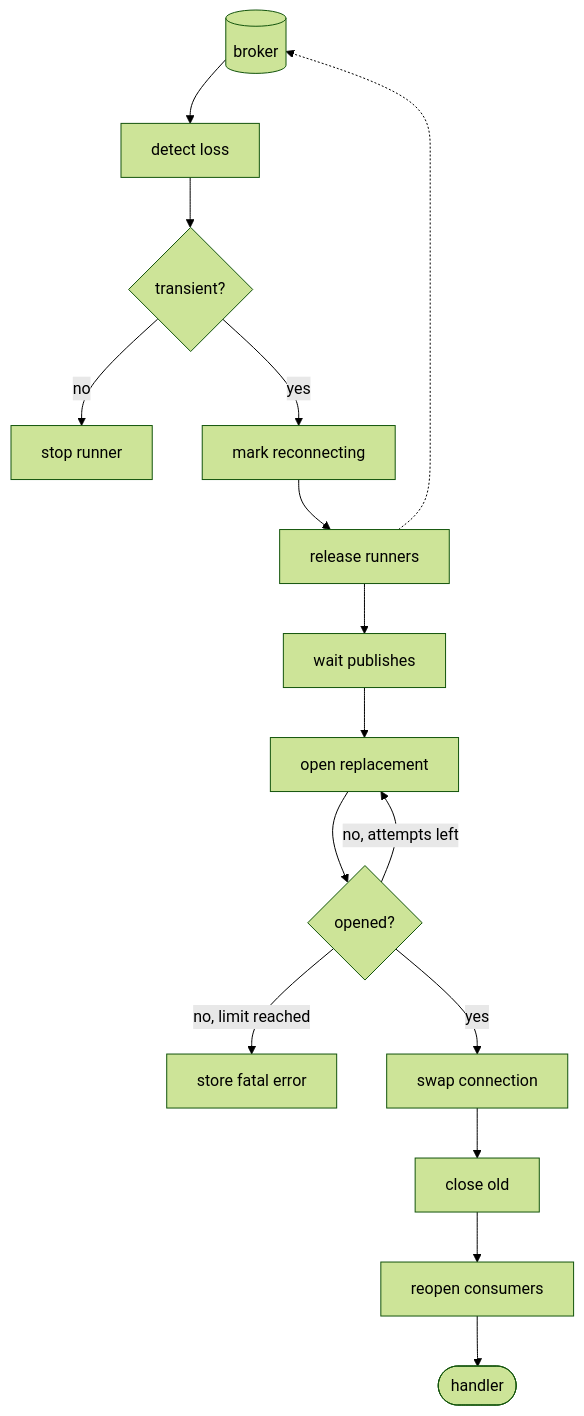
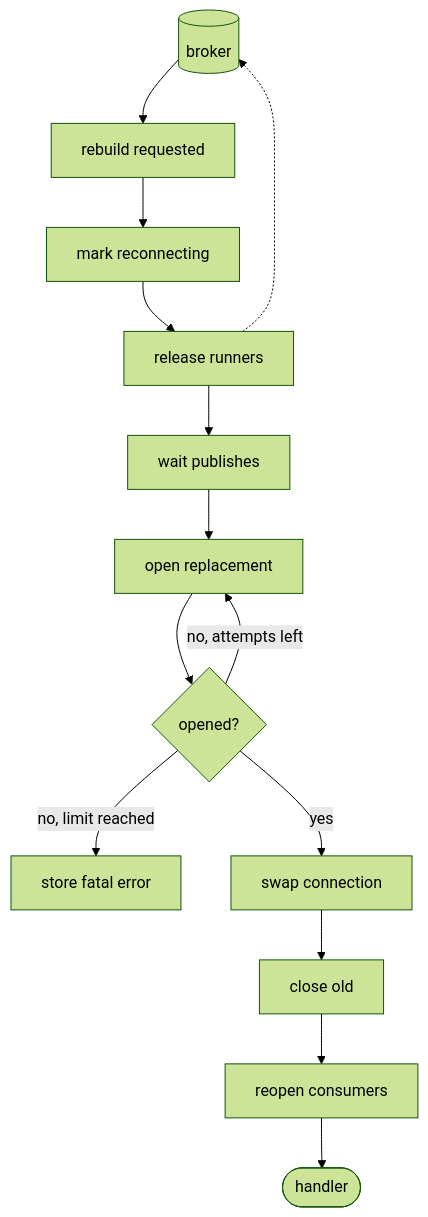
One commit to bktrung/edm_sdk changed the first of 2 diagrams in docs/deep-dives/reconnect-and-generations.md. Above: the diagram before and after it, drawn with Mermaid (forest theme). The commit also changed other lines of this file and 139 other files, not shown here.

````diff
--- a/docs/deep-dives/reconnect-and-generations.md
+++ b/docs/deep-dives/reconnect-and-generations.md
@@ -19,18 +26,16 @@
 ```mermaid
 flowchart TB
-    B[(broker)] --> E[detect loss]
-    E --> D{transient?}
-    D -->|no| F[stop runner]
-    D -->|yes| R[mark reconnecting]
+    B[(broker)] --> E[rebuild requested]
+    E --> R[mark reconnecting]
     R --> A[release runners]
     A -.-> B
     A --> Q[wait publishes]
     Q --> O[open replacement]
     O --> C{opened?}
     C -->|no, attempts left| O
     C -->|no, limit reached| X[store fatal error]
     C -->|yes| S[swap connection]
     S --> T[close old]
     T --> N[reopen consumers]
     N --> H([handler])
 ```
````
